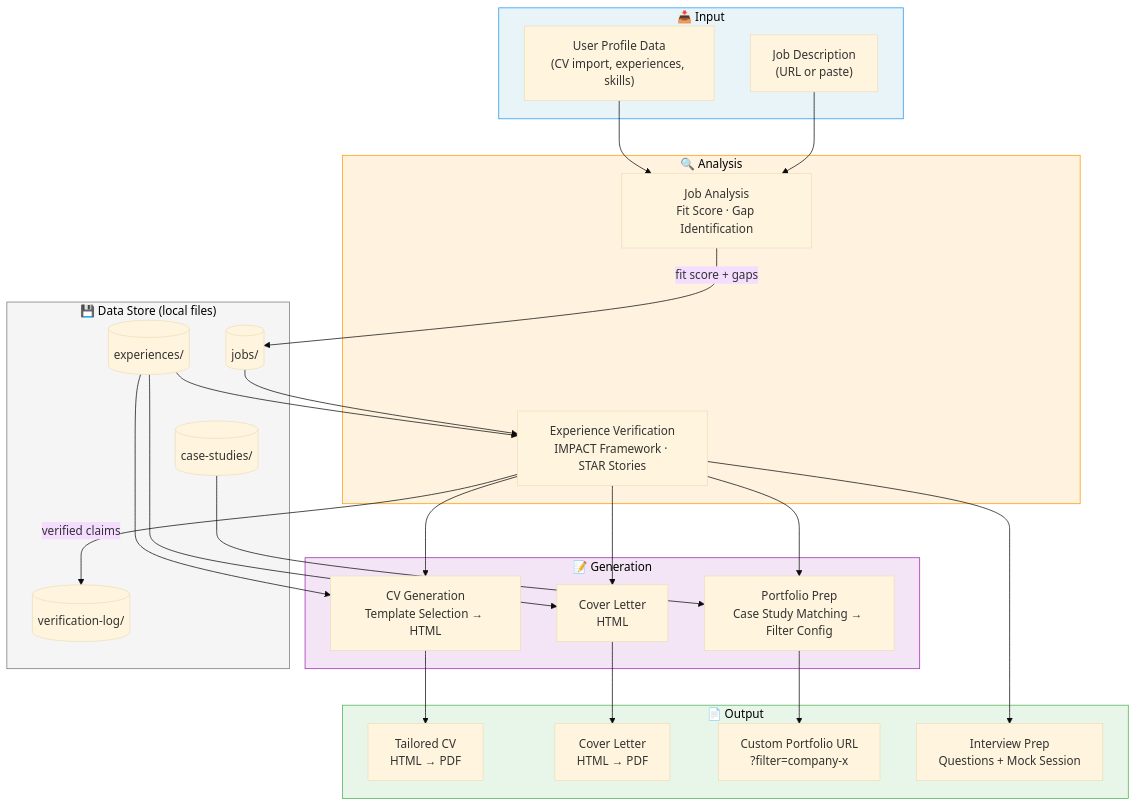
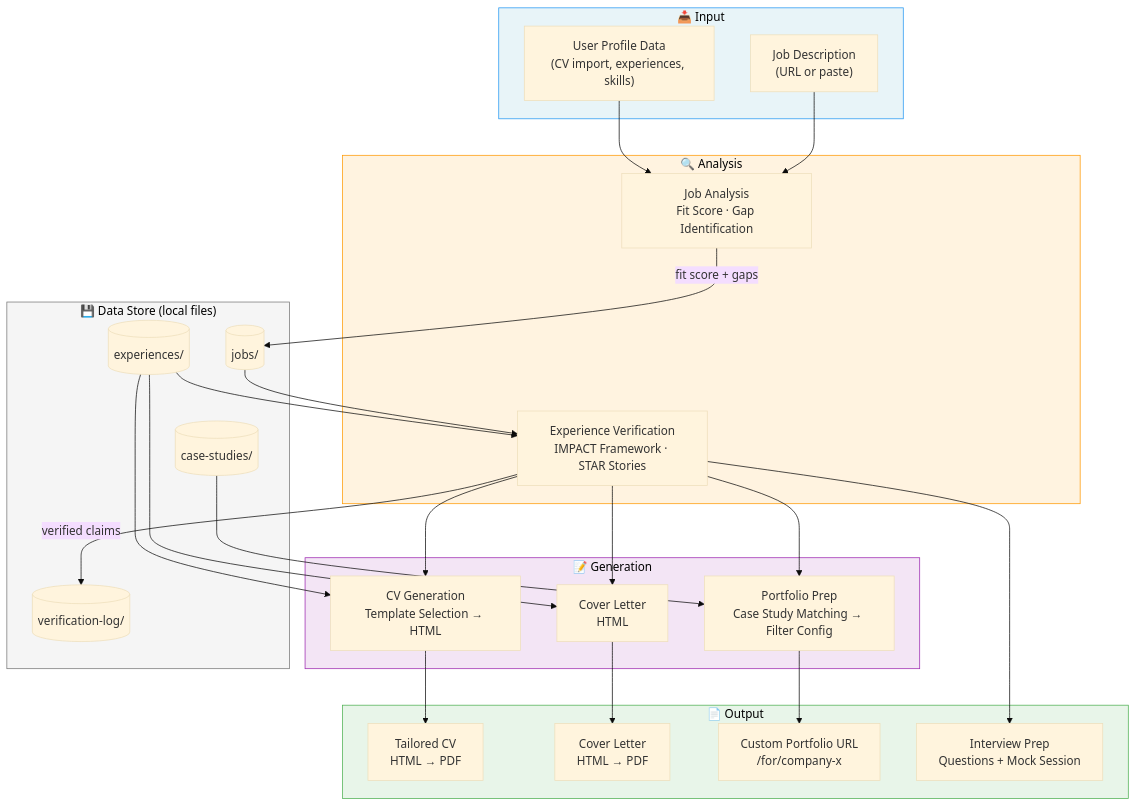
Before and after one commit to oratioandco/mycareer-studio: the diagram in README.md, drawn with Mermaid (base theme). The commit also changed 3 other files, not shown here.

````diff
--- a/README.md
+++ b/README.md
@@ -14,63 +14,63 @@
 ```mermaid
 flowchart TD
     subgraph Input["📥 Input"]
         JD["Job Description\n(URL or paste)"]
         PROFILE["User Profile Data\n(CV import, experiences, skills)"]
     end
 
     subgraph Analysis["🔍 Analysis"]
         ANALYZE["Job Analysis\nFit Score · Gap Identification"]
         VERIFY["Experience Verification\nIMPACT Framework · STAR Stories"]
     end
 
     subgraph Generation["📝 Generation"]
         CV["CV Generation\nTemplate Selection → HTML"]
         CL["Cover Letter\nHTML"]
         PORTFOLIO["Portfolio Prep\nCase Study Matching → Filter Config"]
     end
 
     subgraph Output["📄 Output"]
         CV_OUT["Tailored CV\nHTML → PDF"]
         CL_OUT["Cover Letter\nHTML → PDF"]
-        PORT_OUT["Custom Portfolio URL\n?filter=company-x"]
+        PORT_OUT["Custom Portfolio URL\n/for/company-x"]
         INTERVIEW["Interview Prep\nQuestions + Mock Session"]
     end
 
     subgraph Data["💾 Data Store (local files)"]
         EXPS[("experiences/")]
         JOBS[("jobs/")]
         CASES[("case-studies/")]
         VLOG[("verification-log/")]
     end
 
     %% Input flow
     JD --> ANALYZE
     PROFILE --> ANALYZE
     ANALYZE -->|"fit score + gaps"| JOBS
     JOBS --> VERIFY
     EXPS --> VERIFY
     VERIFY -->|"verified claims"| VLOG
 
     %% Parallel generation tracks
     VERIFY --> CV
     VERIFY --> CL
     VERIFY --> PORTFOLIO
 
     %% Template + data into generation
     EXPS --> CV
     EXPS --> CL
     CASES --> PORTFOLIO
 
     %% Outputs
     CV --> CV_OUT
     CL --> CL_OUT
     PORTFOLIO --> PORT_OUT
     VERIFY --> INTERVIEW
 
     %% Style
     style Input fill:#e8f4f8,stroke:#2196f3,color:#000
     style Analysis fill:#fff3e0,stroke:#ff9800,color:#000
     style Generation fill:#f3e5f5,stroke:#9c27b0,color:#000
     style Output fill:#e8f5e9,stroke:#4caf50,color:#000
     style Data fill:#f5f5f5,stroke:#757575,color:#000
 ```
````
